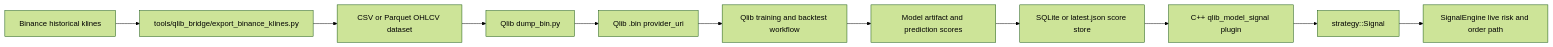
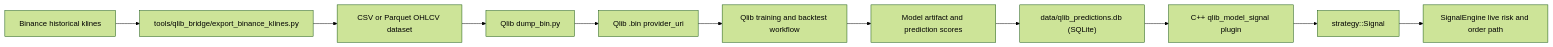
Before and after one commit to Nguyenthang2292/binance_trading_bot: the diagram in docs/design/2026-05-20-qlib-integration-v1.0.md, drawn with Mermaid (forest theme). The commit also changed other lines of this file and 368 other files, not shown here.

````diff
--- a/docs/design/2026-05-20-qlib-integration-v1.0.md
+++ b/docs/design/2026-05-20-qlib-integration-v1.0.md
@@ -90,13 +93,13 @@
 ```mermaid
 flowchart LR
     A["Binance historical klines"] --> B["tools/qlib_bridge/export_binance_klines.py"]
     B --> C["CSV or Parquet OHLCV dataset"]
     C --> D["Qlib dump_bin.py"]
     D --> E["Qlib .bin provider_uri"]
     E --> F["Qlib training and backtest workflow"]
     F --> G["Model artifact and prediction scores"]
-    G --> H["SQLite or latest.json score store"]
+    G --> H["data/qlib_predictions.db (SQLite)"]
     H --> I["C++ qlib_model_signal plugin"]
     I --> J["strategy::Signal"]
     J --> K["SignalEngine live risk and order path"]
 ```
````
